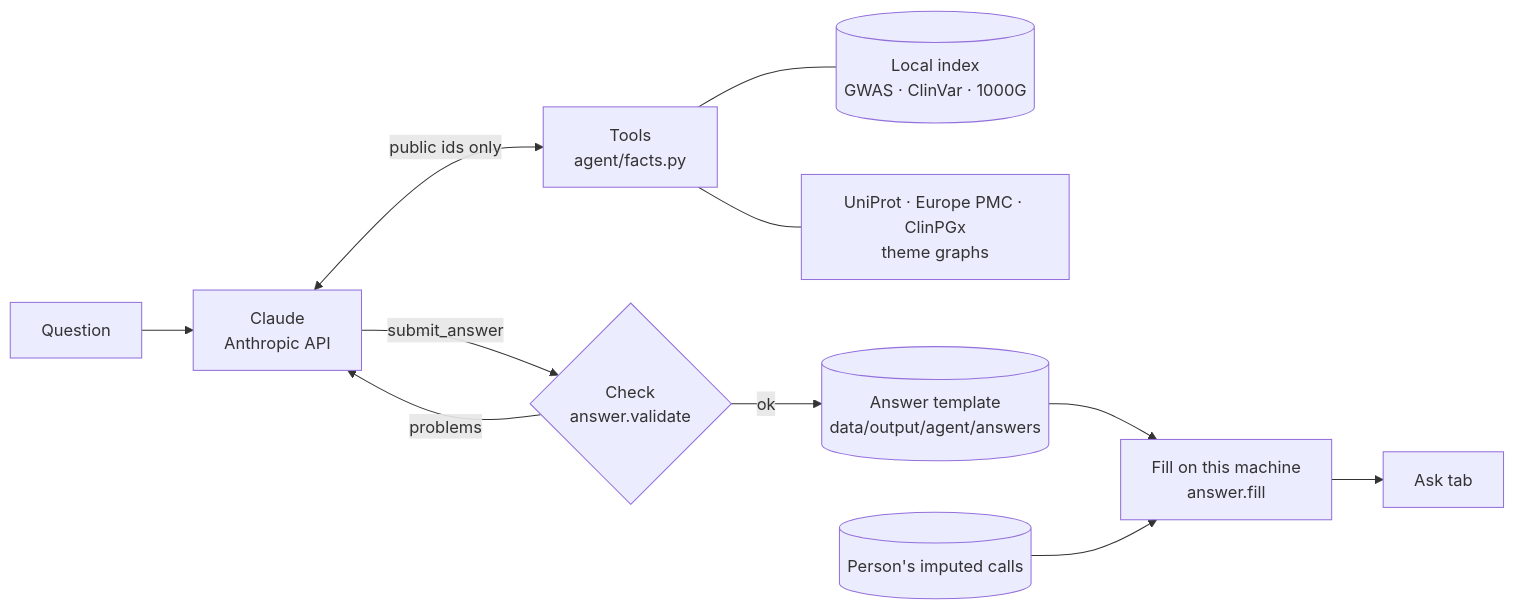
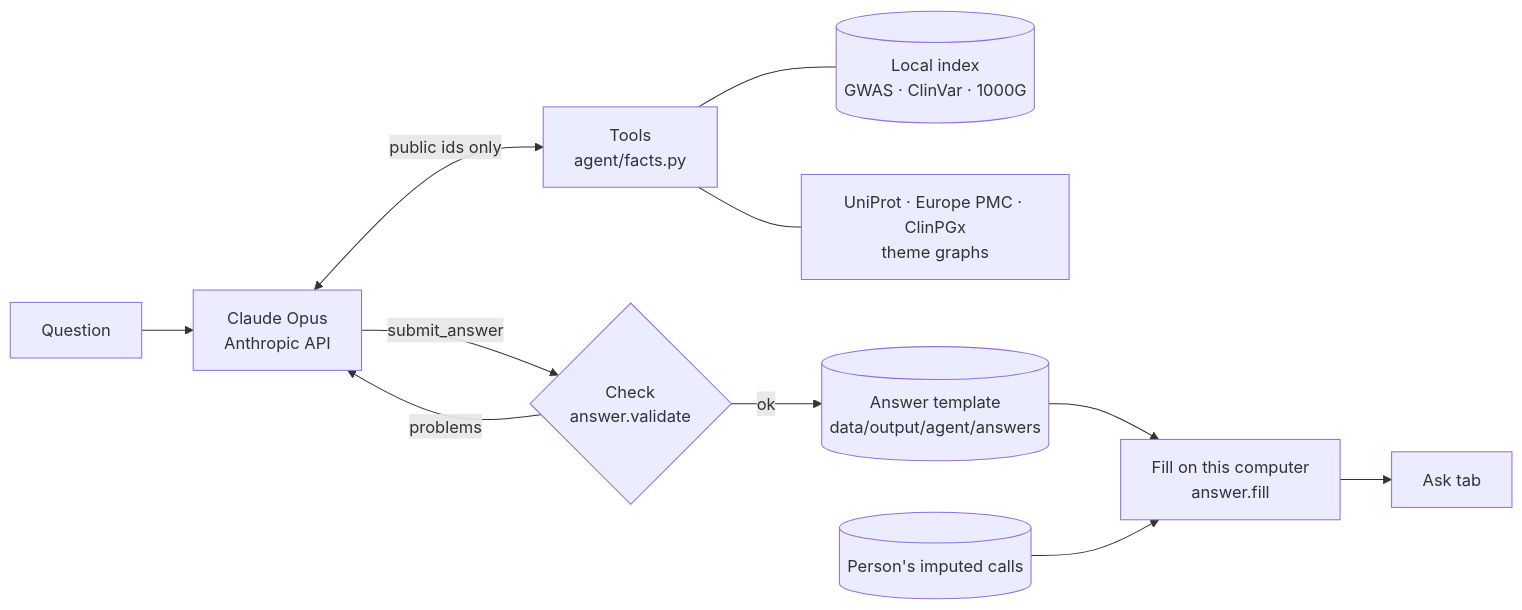
The diagram in docs/architecture/agent.md (Lyceriuss/DNA-Analyzer), drawn with Mermaid before and after one commit. The commit also changed other lines of this file and 26 other files, not shown here.

````diff
--- a/docs/architecture/agent.md
+++ b/docs/architecture/agent.md
@@ -30,13 +105,13 @@
 ```mermaid
 flowchart LR
-  Q[Question] --> A[Claude<br/>Anthropic API]
+  Q[Question] --> A[Claude Opus<br/>Anthropic API]
   A <-->|public ids only| T[Tools<br/>agent/facts.py]
   T --- I[(Local index<br/>GWAS · ClinVar · 1000G)]
   T --- W[UniProt · Europe PMC · ClinPGx<br/>theme graphs]
   A -->|submit_answer| V{Check<br/>answer.validate}
   V -->|problems| A
   V -->|ok| S[(Answer template<br/>data/output/agent/answers)]
-  S --> F[Fill on this machine<br/>answer.fill]
+  S --> F[Fill on this computer<br/>answer.fill]
   G[(Person's imputed calls)] --> F
   F --> U[Ask tab]
 ```
````
